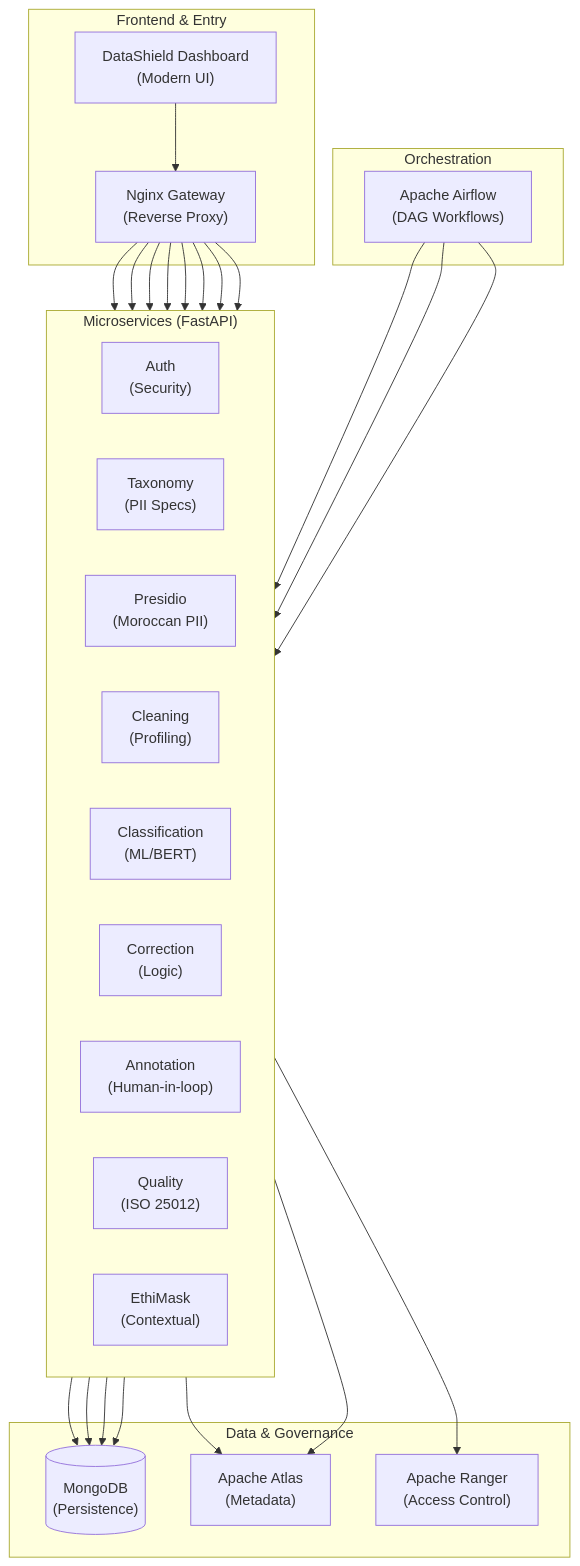
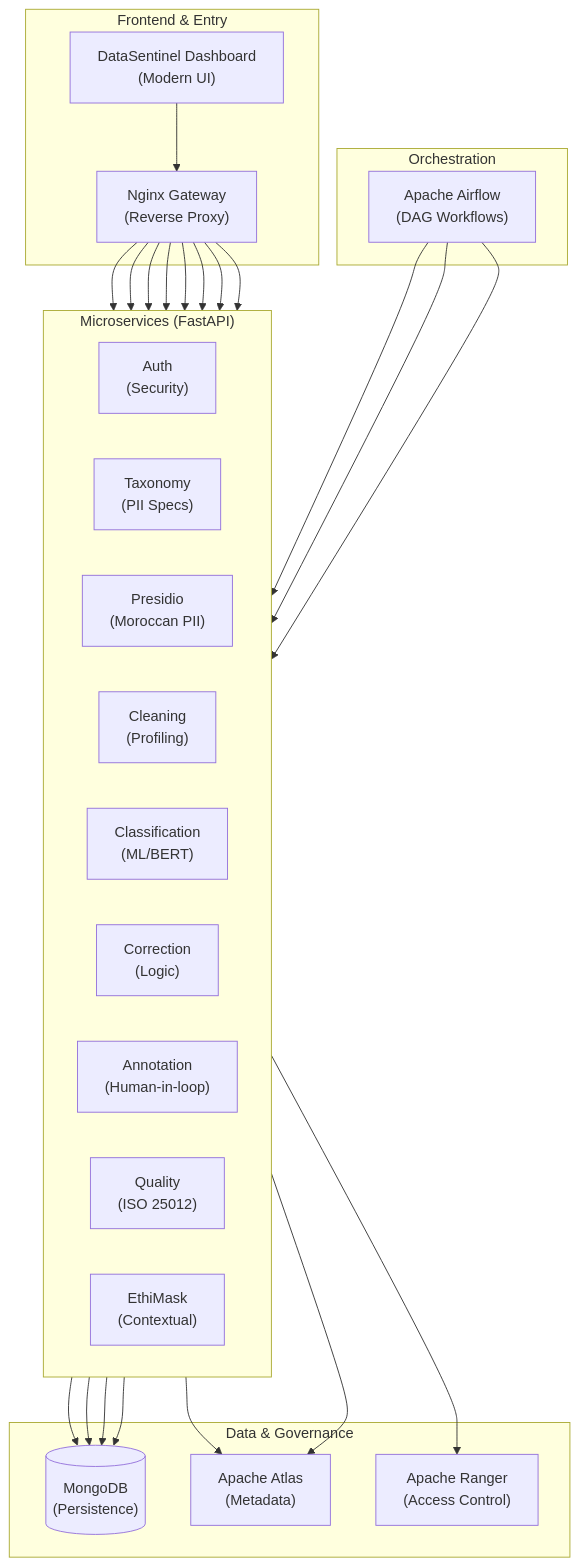
The first of 3 diagrams in README.md (manal-m1/DataShield-Production), drawn with Mermaid before and after one commit. The commit also changed other lines of this file and 45 other files, not shown here.

````diff
--- a/README.md
+++ b/README.md
@@ -50,53 +50,53 @@
 ```mermaid
 graph TB
     subgraph "Frontend & Entry"
-        UI["DataShield Dashboard<br/>(Modern UI)"]
+        UI["DataSentinel Dashboard<br/>(Modern UI)"]
         Gateway["Nginx Gateway<br/>(Reverse Proxy)"]
     end
 
     subgraph "Orchestration"
         Airflow["Apache Airflow<br/>(DAG Workflows)"]
     end
 
     subgraph "Microservices (FastAPI)"
         direction LR
         Auth["Auth<br/>(Security)"]
         Taxo["Taxonomy<br/>(PII Specs)"]
         Presidio["Presidio<br/>(Moroccan PII)"]
         Clean["Cleaning<br/>(Profiling)"]
         Class["Classification<br/>(ML/BERT)"]
         Corr["Correction<br/>(Logic)"]
         Anno["Annotation<br/>(Human-in-loop)"]
         Qual["Quality<br/>(ISO 25012)"]
         Mask["EthiMask<br/>(Contextual)"]
     end
 
     subgraph "Data & Governance"
         DB[("MongoDB<br/>(Persistence)")]
         Atlas["Apache Atlas<br/>(Metadata)"]
         Ranger["Apache Ranger<br/>(Access Control)"]
     end
 
     UI --> Gateway
     Gateway --> Auth
     Gateway --> Taxo
     Gateway --> Presidio
     Gateway --> Clean
     Gateway --> Class
     Gateway --> Anno
     Gateway --> Qual
     Gateway --> Mask
 
     Airflow --> Clean
     Airflow --> Class
     Airflow --> Qual
 
     Class --> DB
     Anno --> DB
     Taxo --> DB
     Auth --> DB
 
     Qual --> Atlas
     Class --> Atlas
     Mask --> Ranger
 ```
````
